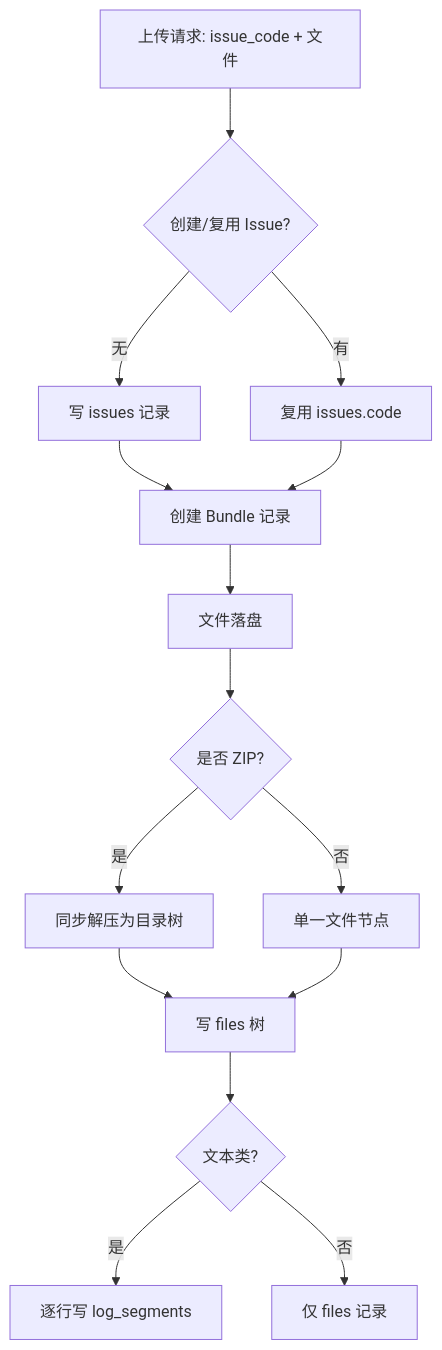
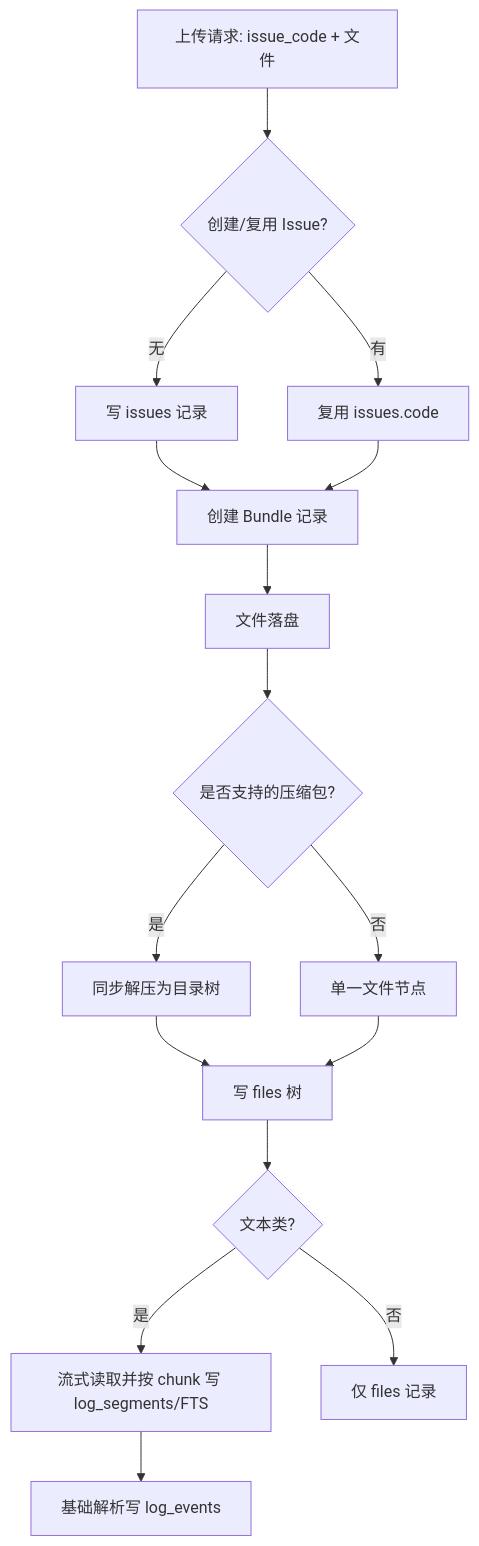
One commit to SwartzMss/Rain changed the diagram in doc/DB.md. Above: the diagram before and after it, drawn with Mermaid. The commit also changed other lines of this file and 8 other files, not shown here.

````diff
--- a/doc/DB.md
+++ b/doc/DB.md
@@ -74,17 +94,18 @@
 ```mermaid
 flowchart TD
     A[上传请求: issue_code + 文件] --> B{创建/复用 Issue?}
     B -->|无| C[写 issues 记录]
     B -->|有| D[复用 issues.code]
     C --> E[创建 Bundle 记录]
     D --> E
     E --> F[文件落盘]
-    F --> G{是否 ZIP?}
+    F --> G{是否支持的压缩包?}
     G -->|是| H[同步解压为目录树]
     G -->|否| I[单一文件节点]
     H --> J[写 files 树]
     I --> J
     J --> K{文本类?}
-    K -->|是| L[逐行写 log_segments]
+    K -->|是| L[流式读取并按 chunk 写 log_segments/FTS]
     K -->|否| M[仅 files 记录]
+    L --> N[基础解析写 log_events]
 ```
````
